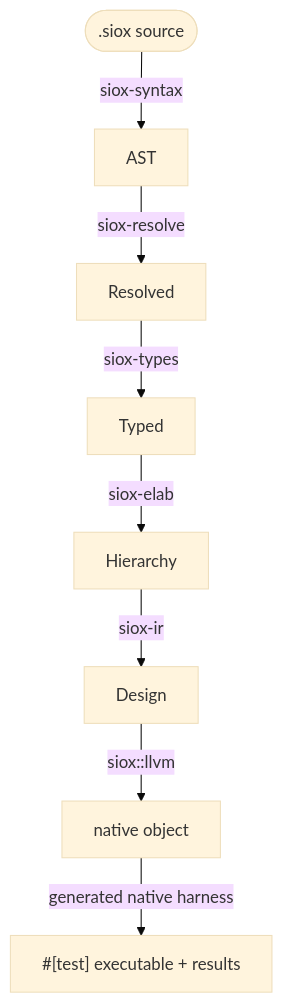
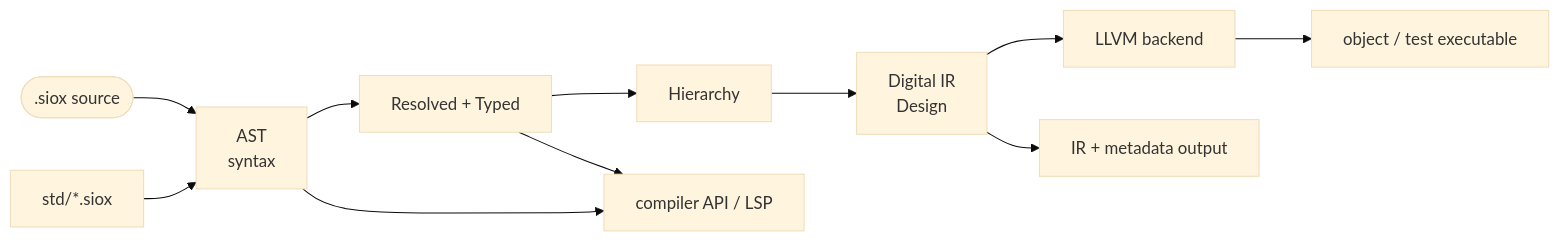
The diagram in docs/README.md (Siox-lang/sioxc), drawn with Mermaid (base theme) before and after one commit. The commit also changed other lines of this file and 11 other files, not shown here.

Commit message:
Reorganize roadmap by compiler layer

````diff
--- a/docs/README.md
+++ b/docs/README.md
@@ -33,10 +33,13 @@
 ```mermaid
-flowchart TD
-    SRC([".siox source"]) -->|siox-syntax| AST[AST]
-    AST -->|siox-resolve| RES[Resolved]
-    RES -->|siox-types| TY[Typed]
-    TY -->|siox-elab| HIER[Hierarchy]
-    HIER -->|siox-ir| IR[Design]
-    IR -->|siox::llvm| OBJ["native object"]
-    OBJ -->|generated native harness| OUT["#[test] executable + results"]
+flowchart LR
+    SRC([".siox source"]) --> AST["AST<br/>syntax"]
+    STD["std/*.siox"] --> AST
+    AST --> SEM["Resolved + Typed"]
+    SEM --> HIER["Hierarchy"]
+    HIER --> IR["Digital IR<br/>Design"]
+    IR --> LLVM["LLVM backend"]
+    LLVM --> OUT["object / test executable"]
+    IR --> DUMP["IR + metadata output"]
+    AST --> API["compiler API / LSP"]
+    SEM --> API
 ```
````
